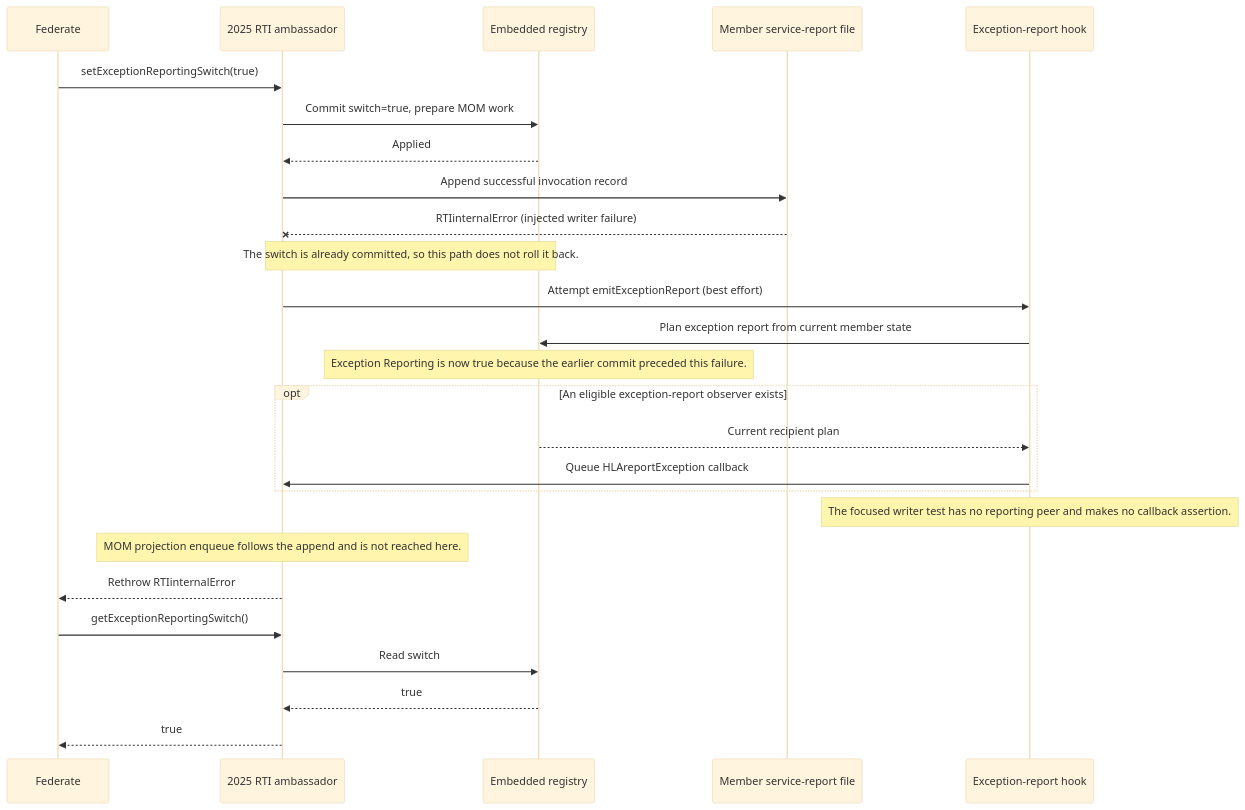
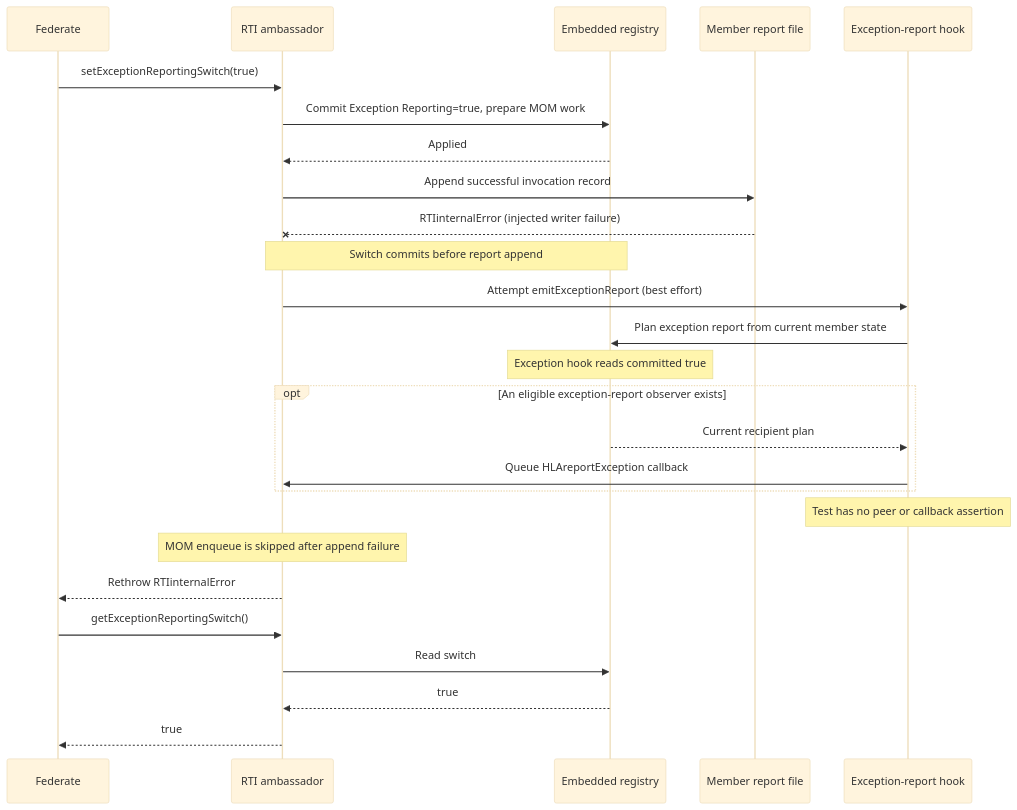
One commit to sheepfling/umbra changed the fifth of 8 diagrams in docs/design/HLA-2025-SERVICE-INVOCATION-REPORTING-FLOW-GUIDE.md. Above: the diagram before and after it, drawn with Mermaid (base theme). The commit also changed other lines of this file and 822 other files, not shown here.

````diff
--- a/docs/design/HLA-2025-SERVICE-INVOCATION-REPORTING-FLOW-GUIDE.md
+++ b/docs/design/HLA-2025-SERVICE-INVOCATION-REPORTING-FLOW-GUIDE.md
@@ -198,28 +257,28 @@
 ```mermaid
 sequenceDiagram
   participant App as Federate
-  participant API as 2025 RTI ambassador
+  participant API as RTI ambassador
   participant Registry as Embedded registry
-  participant File as Member service-report file
+  participant File as Member report file
   participant Hook as Exception-report hook
   App->>API: setExceptionReportingSwitch(true)
-  API->>Registry: Commit switch=true, prepare MOM work
+  API->>Registry: Commit Exception Reporting=true, prepare MOM work
   Registry-->>API: Applied
   API->>File: Append successful invocation record
   File--xAPI: RTIinternalError (injected writer failure)
-  Note over API,Registry: The switch is already committed, so this path does not roll it back.
+  Note over API,Registry: Switch commits before report append
   API->>Hook: Attempt emitExceptionReport (best effort)
   Hook->>Registry: Plan exception report from current member state
-  Note over Registry: Exception Reporting is now true because the earlier commit preceded this failure.
+  Note over Registry: Exception hook reads committed true
   opt An eligible exception-report observer exists
     Registry-->>Hook: Current recipient plan
     Hook->>API: Queue HLAreportException callback
   end
-  Note over Hook: The focused writer test has no reporting peer and makes no callback assertion.
-  Note over API: MOM projection enqueue follows the append and is not reached here.
+  Note over Hook: Test has no peer or callback assertion
+  Note over API: MOM enqueue is skipped after append failure
   API-->>App: Rethrow RTIinternalError
   App->>API: getExceptionReportingSwitch()
   API->>Registry: Read switch
   Registry-->>API: true
   API-->>App: true
 ```
````
